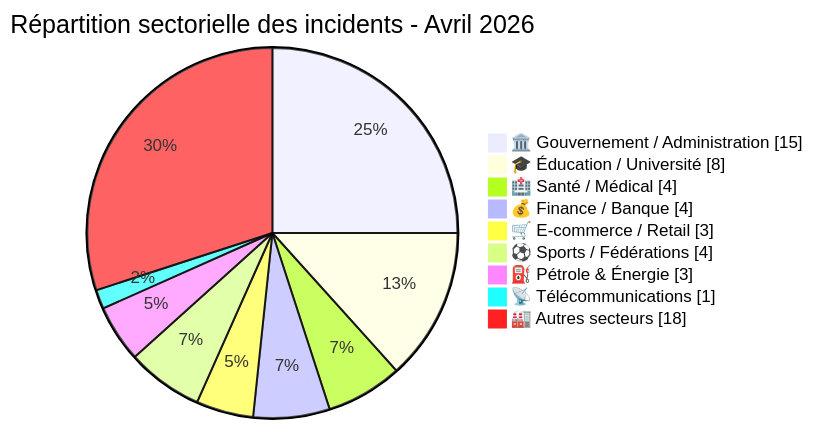
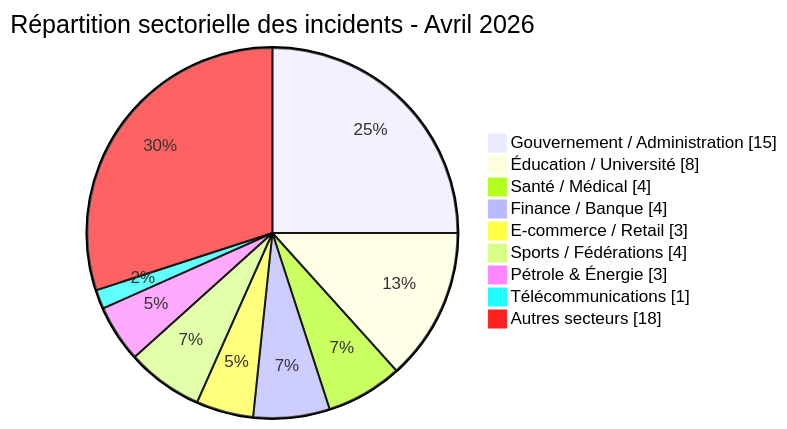
One commit to Hatchepsoute/AFRINTEL changed the fourth of 5 diagrams in CyberAttackAfrica/2026/04-april/README_FR.md. Above: the diagram before and after it, drawn with Mermaid. The commit also changed other lines of this file and 11 other files, not shown here.

First line of the commit message:
fix: remove all emojis from Mermaid labels in Jan-Jun 2026 reports

````diff
--- a/CyberAttackAfrica/2026/04-april/README_FR.md
+++ b/CyberAttackAfrica/2026/04-april/README_FR.md
@@ -230,13 +230,13 @@
 ```mermaid
 pie showData
-    title Répartition sectorielle des incidents - Avril 2026
-    "🏛️ Gouvernement / Administration" : 15
-    "🎓 Éducation / Université" : 8
-    "🏥 Santé / Médical" : 4
-    "💰 Finance / Banque" : 4
-    "🛒 E-commerce / Retail" : 3
-    "⚽ Sports / Fédérations" : 4
-    "⛽ Pétrole & Énergie" : 3
-    "📡 Télécommunications" : 1
-    "🏭 Autres secteurs" : 18
+ title Répartition sectorielle des incidents - Avril 2026
+ "Gouvernement / Administration" : 15
+ "Éducation / Université" : 8
+ "Santé / Médical" : 4
+ "Finance / Banque" : 4
+ "E-commerce / Retail" : 3
+ "Sports / Fédérations" : 4
+ "Pétrole & Énergie" : 3
+ "Télécommunications" : 1
+ "Autres secteurs" : 18
 ```
````
